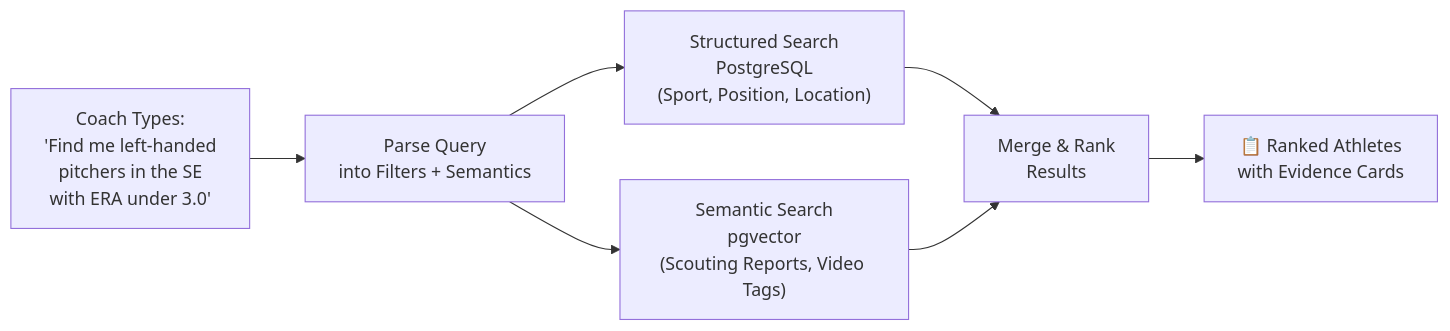
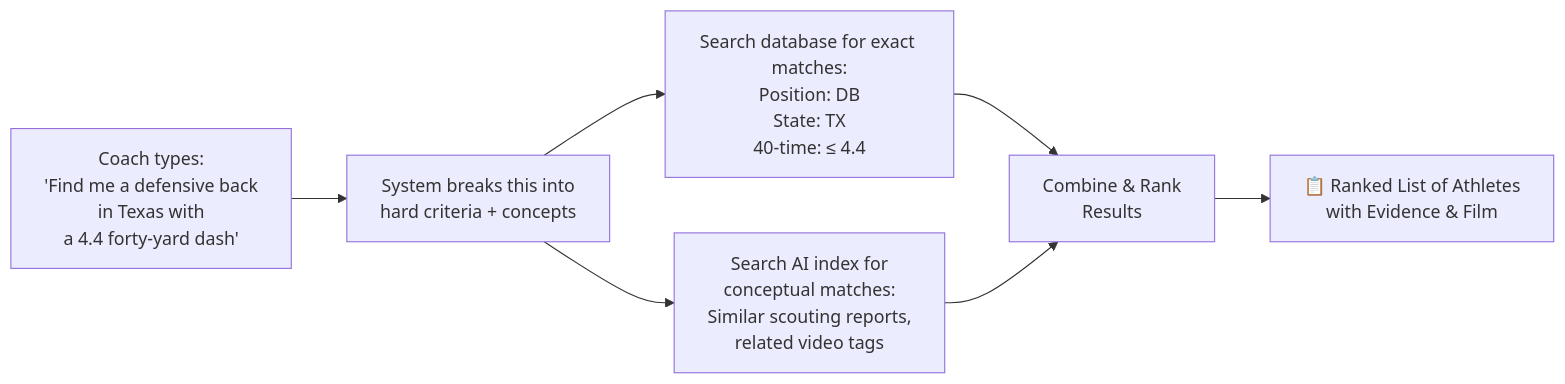
One commit to huttonbenj/The-Prowler changed the ninth of 13 diagrams in STRATEGY.md. Above: the diagram before and after it, drawn with Mermaid. The commit also changed other lines of this file and 1 other file, not shown here.

````diff
--- a/STRATEGY.md
+++ b/STRATEGY.md
@@ -375,9 +315,9 @@
 ```mermaid
 flowchart LR
-    COACH["Coach Types:<br/>'Find me left-handed<br/>pitchers in the SE<br/>with ERA under 3.0'"] --> PARSE["Parse Query<br/>into Filters + Semantics"]
-    PARSE --> STRUCT["Structured Search<br/>PostgreSQL<br/>(Sport, Position, Location)"]
-    PARSE --> VECTOR["Semantic Search<br/>pgvector<br/>(Scouting Reports, Video Tags)"]
-    STRUCT --> MERGE["Merge & Rank<br/>Results"]
-    VECTOR --> MERGE
-    MERGE --> RESULTS["📋 Ranked Athletes<br/>with Evidence Cards"]
+    COACH["Coach types:<br/>'Find me a defensive back<br/>in Texas with<br/>a 4.4 forty-yard dash'"] --> PARSE["System breaks this into<br/>hard criteria + concepts"]
+    PARSE --> FILTER["Search database for exact matches:<br/>Position: DB<br/>State: TX<br/>40-time: ≤ 4.4"]
+    PARSE --> MEANING["Search AI index for<br/>conceptual matches:<br/>Similar scouting reports,<br/>related video tags"]
+    FILTER --> MERGE["Combine & Rank<br/>Results"]
+    MEANING --> MERGE
+    MERGE --> RESULTS["📋 Ranked List of Athletes<br/>with Evidence & Film"]
 ```
````
